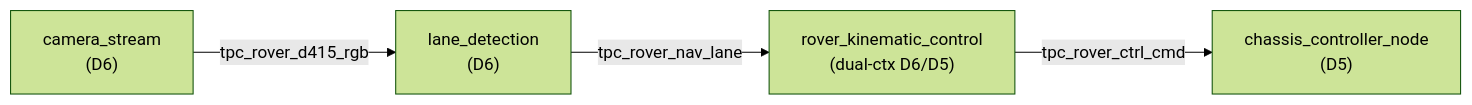
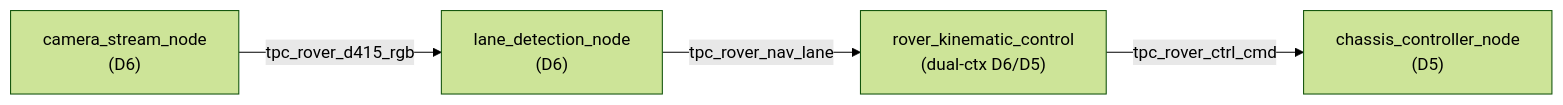
One commit to RoboticsGG/almondmatcha changed the first of 3 diagrams in docs/TOPICS.md. Above: the diagram before and after it, drawn with Mermaid (forest theme). The commit also changed other lines of this file and 30 other files, not shown here.

````diff
--- a/docs/TOPICS.md
+++ b/docs/TOPICS.md
@@ -432,6 +432,6 @@
 ```mermaid
 flowchart LR
-    CS["camera_stream\n(D6)"] -->|tpc_rover_d415_rgb| LD["lane_detection\n(D6)"]
+    CS["camera_stream_node\n(D6)"] -->|tpc_rover_d415_rgb| LD["lane_detection_node\n(D6)"]
     LD -->|tpc_rover_nav_lane| RKC["rover_kinematic_control\n(dual-ctx D6/D5)"]
     RKC -->|tpc_rover_ctrl_cmd| CC["chassis_controller_node\n(D5)"]
 ```
````
